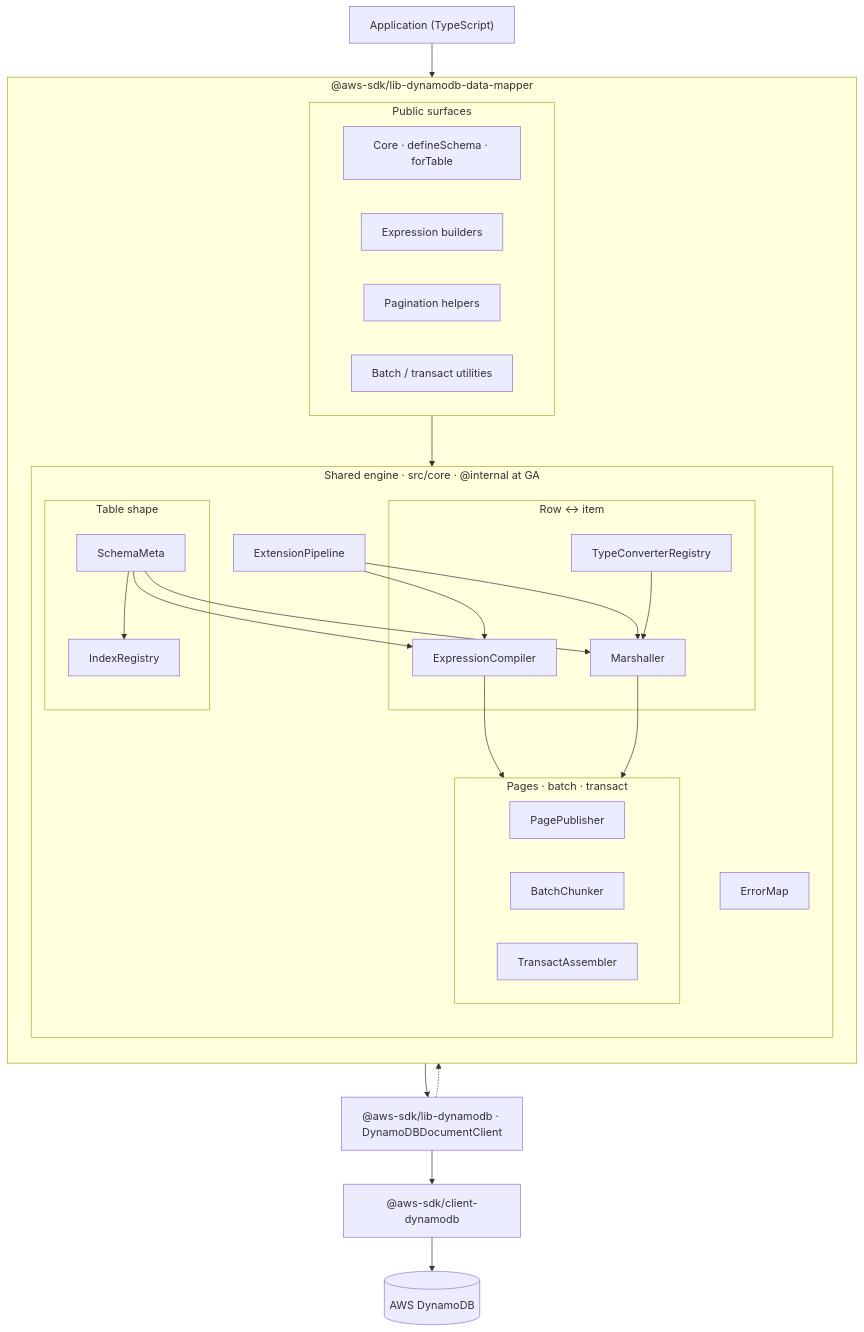
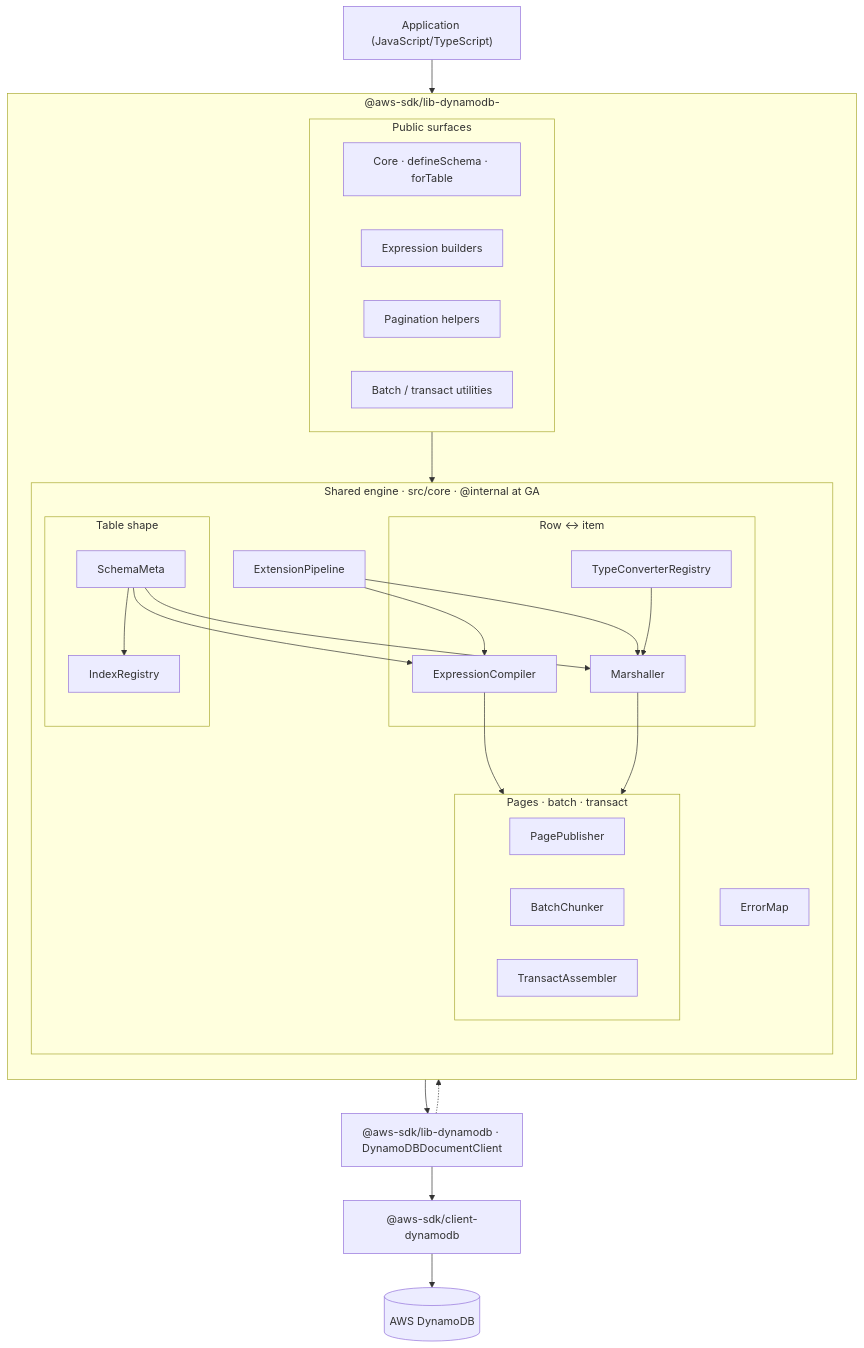
Before and after one commit to lucianlature-endava/aws-sdk-js-v3: the first of 3 diagrams in lib/lib-dynamodb-data-mapper/docs/DESIGN.md, drawn with Mermaid.

Commit message:
docs: update DESIGN.md to reflect changes in application terminology, specifying "JavaScript/TypeScript" and refining the package name for clarity

````diff
--- a/lib/lib-dynamodb-data-mapper/docs/DESIGN.md
+++ b/lib/lib-dynamodb-data-mapper/docs/DESIGN.md
@@ -101,59 +101,59 @@
 ```mermaid
 flowchart TD
-  App["Application (TypeScript)"]
+  App["Application (JavaScript/TypeScript)"]
 
-  subgraph PKG["@aws-sdk/lib-dynamodb-data-mapper"]
+  subgraph PKG["@aws-sdk/lib-dynamodb-<mapper layer>"]
     direction TB
 
     subgraph Surf["Public surfaces"]
       direction LR
       S1["Core · defineSchema · forTable"]
       S2["Expression builders"]
       S3["Pagination helpers"]
       S4["Batch / transact utilities"]
     end
 
     subgraph Eng["Shared engine · src/core · @internal at GA"]
       direction TB
 
       subgraph Shape["Table shape"]
         SM["SchemaMeta"]
         IR["IndexRegistry"]
       end
 
       subgraph Convert["Row ↔ item"]
         TCR["TypeConverterRegistry"]
         MAR["Marshaller"]
         EC["ExpressionCompiler"]
       end
 
       EP["ExtensionPipeline"]
 
       subgraph Multi["Pages · batch · transact"]
         PP["PagePublisher"]
         BC["BatchChunker"]
         TA["TransactAssembler"]
       end
 
       EM["ErrorMap"]
     end
   end
 
   Doc["@aws-sdk/lib-dynamodb · DynamoDBDocumentClient"]
   Low["@aws-sdk/client-dynamodb"]
   DDB[(AWS DynamoDB)]
 
   App --> Surf
   Surf --> Eng
   SM --> IR
   TCR --> MAR
   SM --> MAR
   SM --> EC
   EP --> MAR
   EP --> EC
   MAR --> Multi
   EC --> Multi
   Eng --> Doc
   Doc --> Low --> DDB
   Doc -.-> EM
 ```
````
